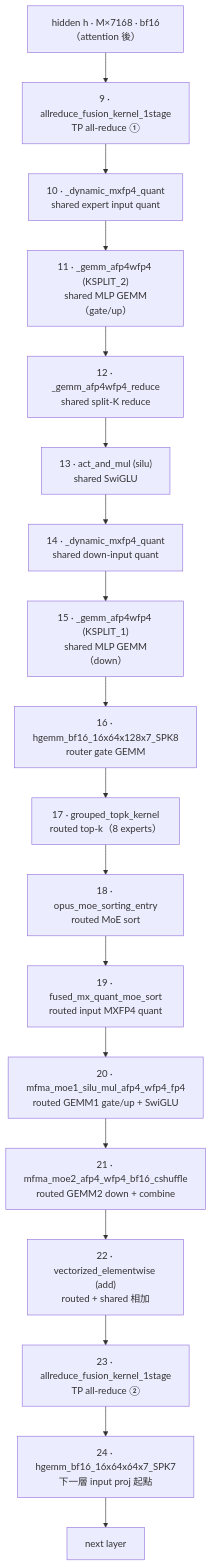
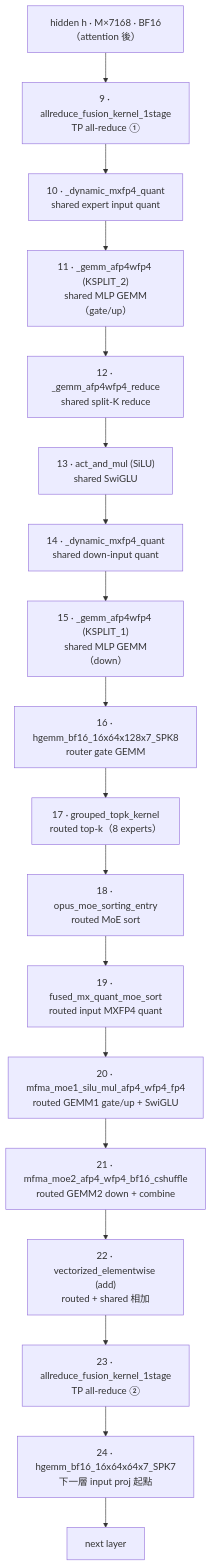
One commit to youyun8/deep-kernel-handbook changed the third of 3 diagrams in docs/aiter/index.md. Above: the diagram before and after it, drawn with Mermaid. The commit also changed other lines of this file and 43 other files, not shown here.

````diff
--- a/docs/aiter/index.md
+++ b/docs/aiter/index.md
@@ -178,24 +393,24 @@
 ```mermaid
 flowchart TB
-  B0["hidden h · M×7168 · bf16（attention 後）"] --> B9["9 · allreduce_fusion_kernel_1stage<br/>TP all-reduce ①"]
+  B0["hidden h · M×7168 · BF16（attention 後）"] --> B9["9 · allreduce_fusion_kernel_1stage<br/>TP all-reduce ①"]
   B9 --> B10["10 · _dynamic_mxfp4_quant<br/>shared expert input quant"]
   B10 --> B11["11 · _gemm_afp4wfp4 (KSPLIT_2)<br/>shared MLP GEMM（gate/up）"]
   B11 --> B12["12 · _gemm_afp4wfp4_reduce<br/>shared split-K reduce"]
-  B12 --> B13["13 · act_and_mul (silu)<br/>shared SwiGLU"]
+  B12 --> B13["13 · act_and_mul (SiLU)<br/>shared SwiGLU"]
   B13 --> B14["14 · _dynamic_mxfp4_quant<br/>shared down-input quant"]
   B14 --> B15["15 · _gemm_afp4wfp4 (KSPLIT_1)<br/>shared MLP GEMM（down）"]
   B15 --> B16["16 · hgemm_bf16_16x64x128x7_SPK8<br/>router gate GEMM"]
   B16 --> B17["17 · grouped_topk_kernel<br/>routed top-k（8 experts）"]
   B17 --> B18["18 · opus_moe_sorting_entry<br/>routed MoE sort"]
   B18 --> B19["19 · fused_mx_quant_moe_sort<br/>routed input MXFP4 quant"]
   B19 --> B20["20 · mfma_moe1_silu_mul_afp4_wfp4_fp4<br/>routed GEMM1 gate/up + SwiGLU"]
   B20 --> B21["21 · mfma_moe2_afp4_wfp4_bf16_cshuffle<br/>routed GEMM2 down + combine"]
   B21 --> B22["22 · vectorized_elementwise (add)<br/>routed + shared 相加"]
   B22 --> B23["23 · allreduce_fusion_kernel_1stage<br/>TP all-reduce ②"]
   B23 --> B24["24 · hgemm_bf16_16x64x64x7_SPK7<br/>下一層 input proj 起點"]
   B24 --> BOUT["next layer"]
   class B0,BOUT accBlue;
   class B9,B23 accAmber;
   class B10,B11,B12,B13,B14,B15 accGreen;
   class B20,B21 flagship;
 ```
````
